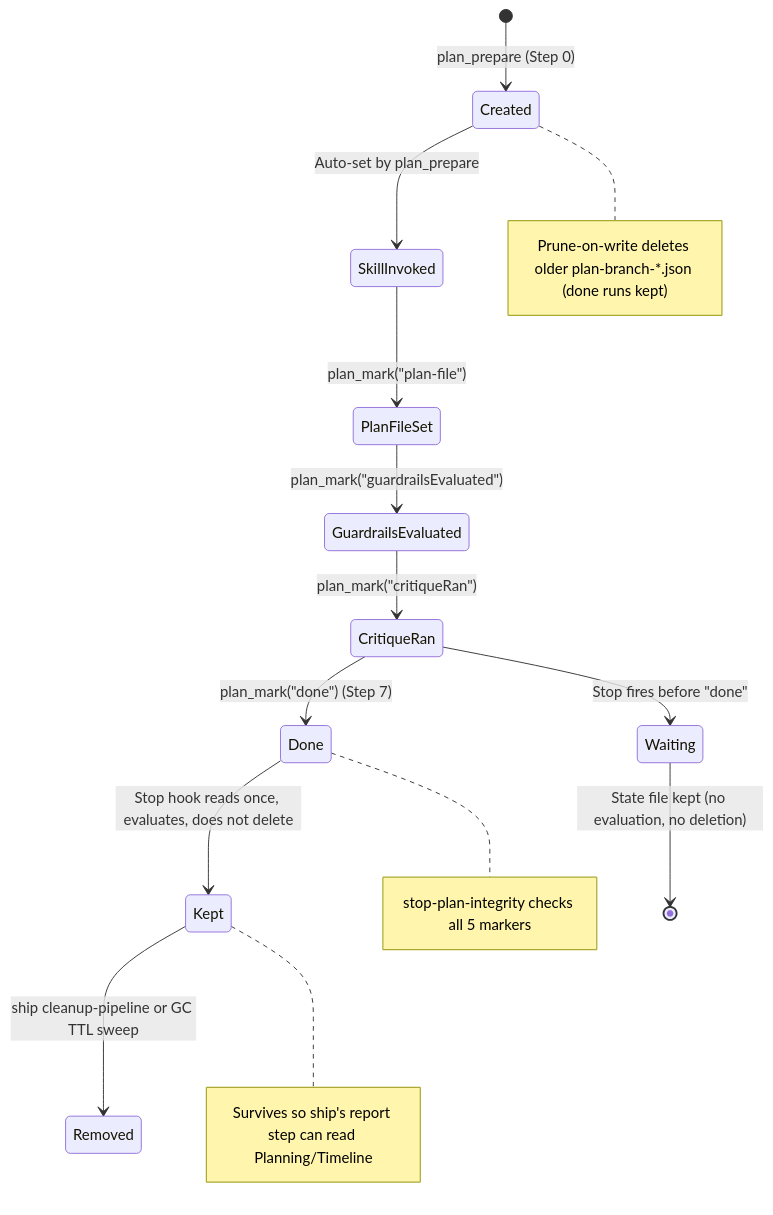
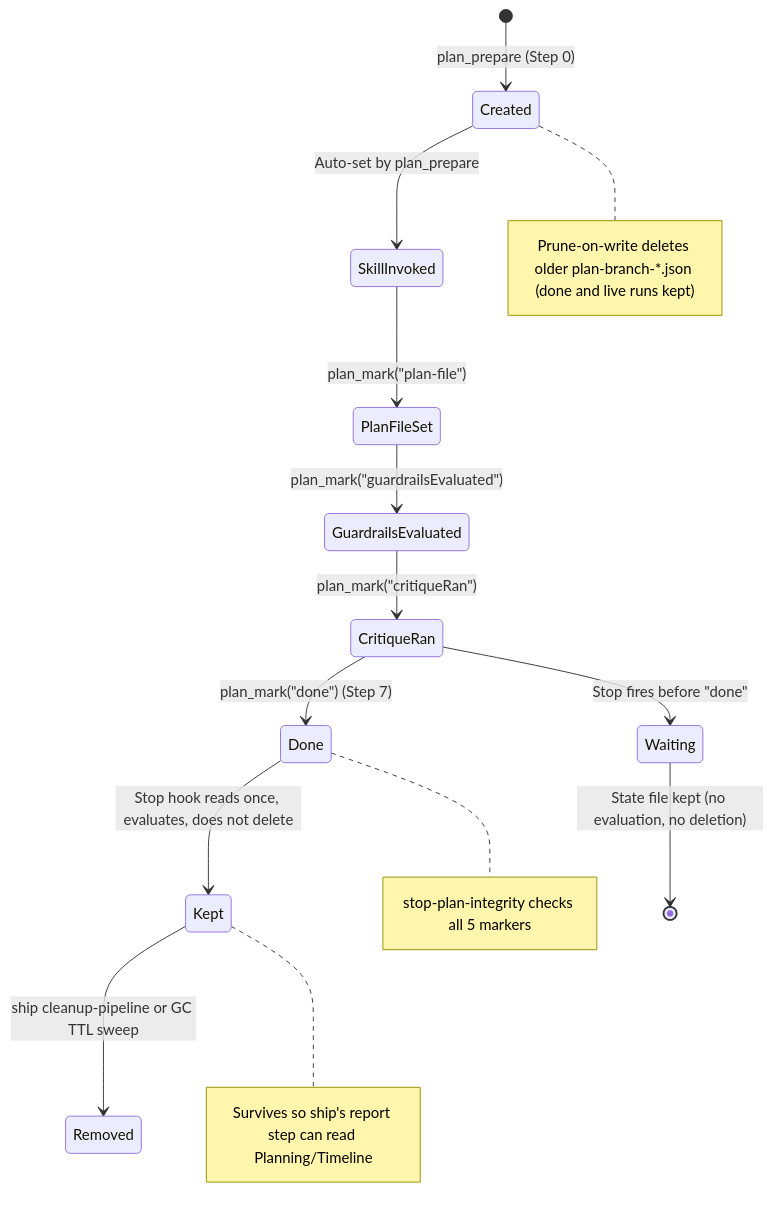
Before and after one commit to rnagrodzki/sdlc-plugin: the fourth of 4 diagrams in docs/plan-architecture.md, drawn with Mermaid. The commit also changed other lines of this file and 84 other files, not shown here.

First line of the commit message:
fix(plan): isolate parallel plan runs on one branch (#104)

````diff
--- a/docs/plan-architecture.md
+++ b/docs/plan-architecture.md
@@ -993,17 +1016,17 @@
 ```mermaid
 stateDiagram-v2
     [*] --> Created: plan_prepare (Step 0)
     Created --> SkillInvoked: Auto-set by plan_prepare
     SkillInvoked --> PlanFileSet: plan_mark("plan-file")
     PlanFileSet --> GuardrailsEvaluated: plan_mark("guardrailsEvaluated")
     GuardrailsEvaluated --> CritiqueRan: plan_mark("critiqueRan")
     CritiqueRan --> Done: plan_mark("done") (Step 7)
     Done --> Kept: Stop hook reads once, evaluates, does not delete
     Kept --> Removed: ship cleanup-pipeline or GC TTL sweep
     CritiqueRan --> Waiting: Stop fires before "done"
     Waiting --> [*]: State file kept (no evaluation, no deletion)
 
-    note right of Created: Prune-on-write deletes older plan-branch-*.json (done runs kept)
+    note right of Created: Prune-on-write deletes older plan-branch-*.json (done and live runs kept)
     note right of Done: stop-plan-integrity checks all 5 markers
     note right of Kept: Survives so ship's report step can read Planning/Timeline
 ```
````
